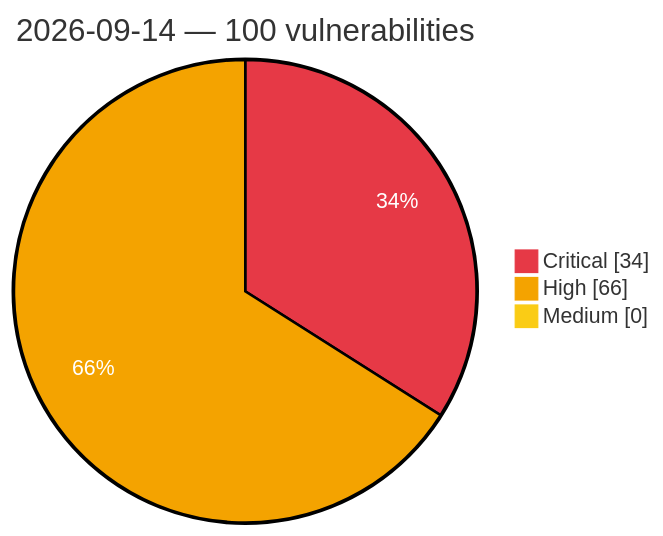
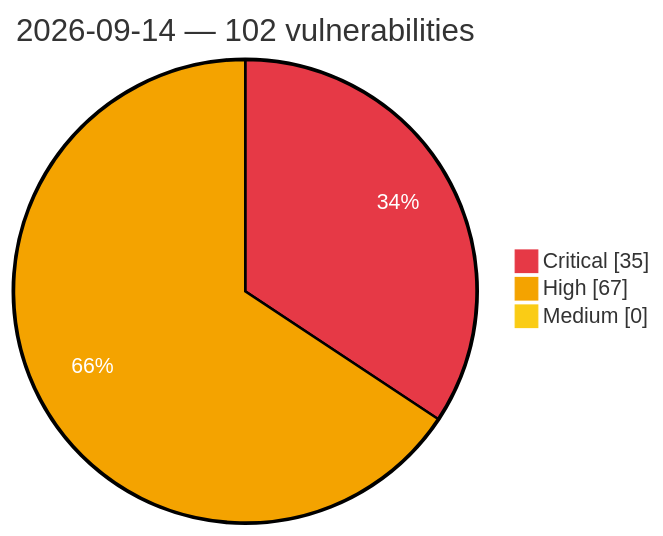
One commit to GhostX0X/vuln-tracker changed the diagram in vulnerabilities/2026/September/2026-09-14.md. Above: the diagram before and after it, drawn with Mermaid. The commit also changed other lines of this file and 8 other files, not shown here.

Commit message:
Auto update: critical/high vulns (2026-09-15 01:53 UTC)

````diff
--- a/vulnerabilities/2026/September/2026-09-14.md
+++ b/vulnerabilities/2026/September/2026-09-14.md
@@ -3,8 +3,8 @@
 ```mermaid
 %%{init: {'theme':'base', 'themeVariables': {'pie1':'#e63946', 'pie2':'#f4a300', 'pie3':'#facc15', 'pieOpacity':'1', 'pieOuterStrokeWidth':'2px', 'pieSectionTextColor':'#ffffff'}}}%%
 pie showData
-    title 2026-09-14 — 100 vulnerabilities
-    "Critical" : 34
-    "High" : 66
+    title 2026-09-14 — 102 vulnerabilities
+    "Critical" : 35
+    "High" : 67
     "Medium" : 0
 ```
````
